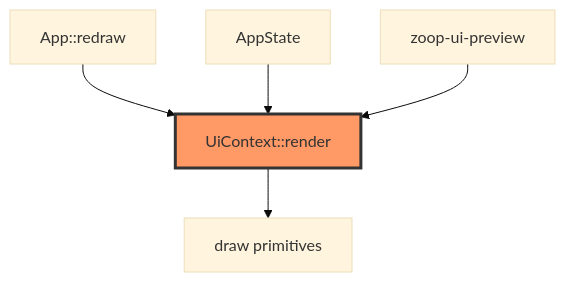
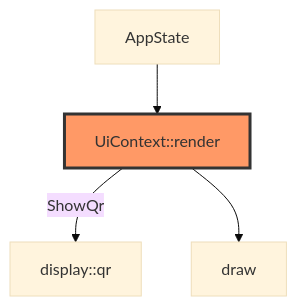
Before and after one commit to akashsoni01/zoop: the diagram in docs/core/display/ui.md, drawn with Mermaid (base theme). The commit also changed other lines of this file and 17 other files, not shown here.

````diff
--- a/docs/core/display/ui.md
+++ b/docs/core/display/ui.md
@@ -8,12 +10,11 @@
 ```mermaid
 flowchart TB
   SM["AppState"]
   UI["UiContext::render"]
-  DRAW["draw primitives"]
-  APP["App::redraw"]
-  PREV["zoop-ui-preview"]
-  APP --> UI
-  SM --> UI --> DRAW
-  PREV --> UI
+  QR["display::qr"]
+  DRAW["draw"]
+  SM --> UI
+  UI -->|ShowQr| QR
+  UI --> DRAW
   style UI fill:#f96,stroke:#333,stroke-width:3px
 ```
````
